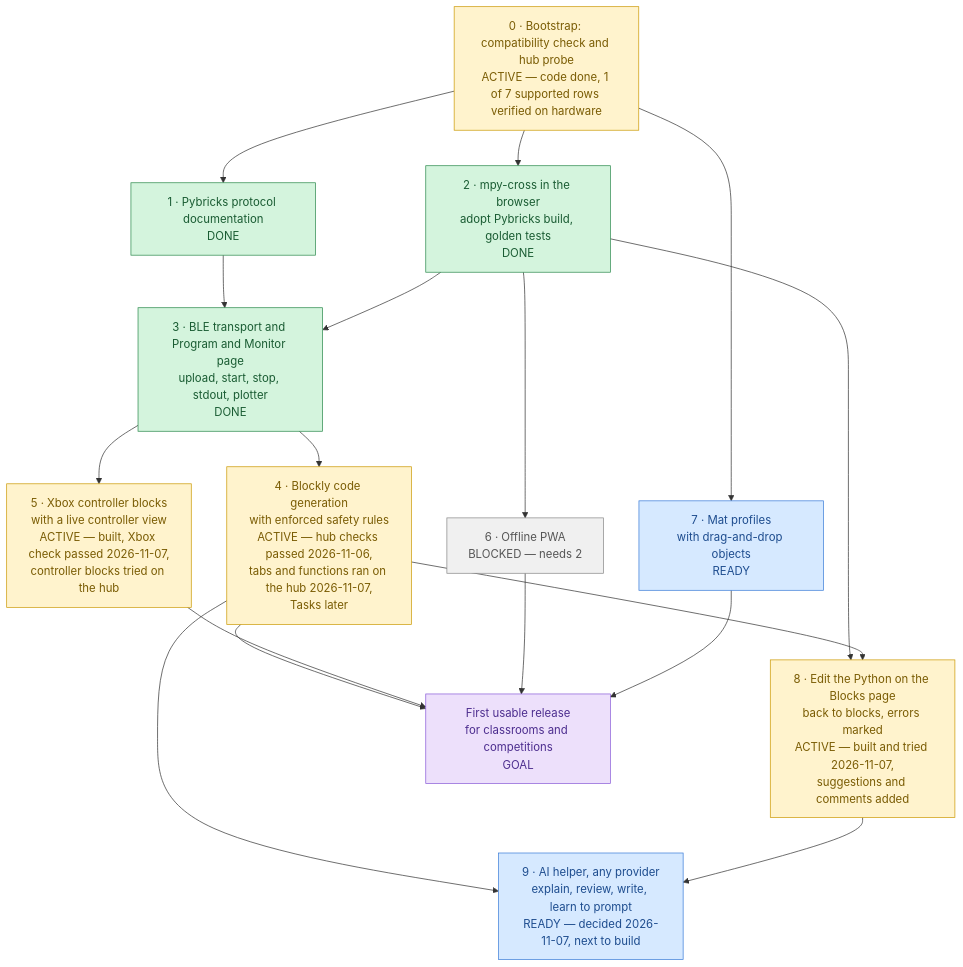
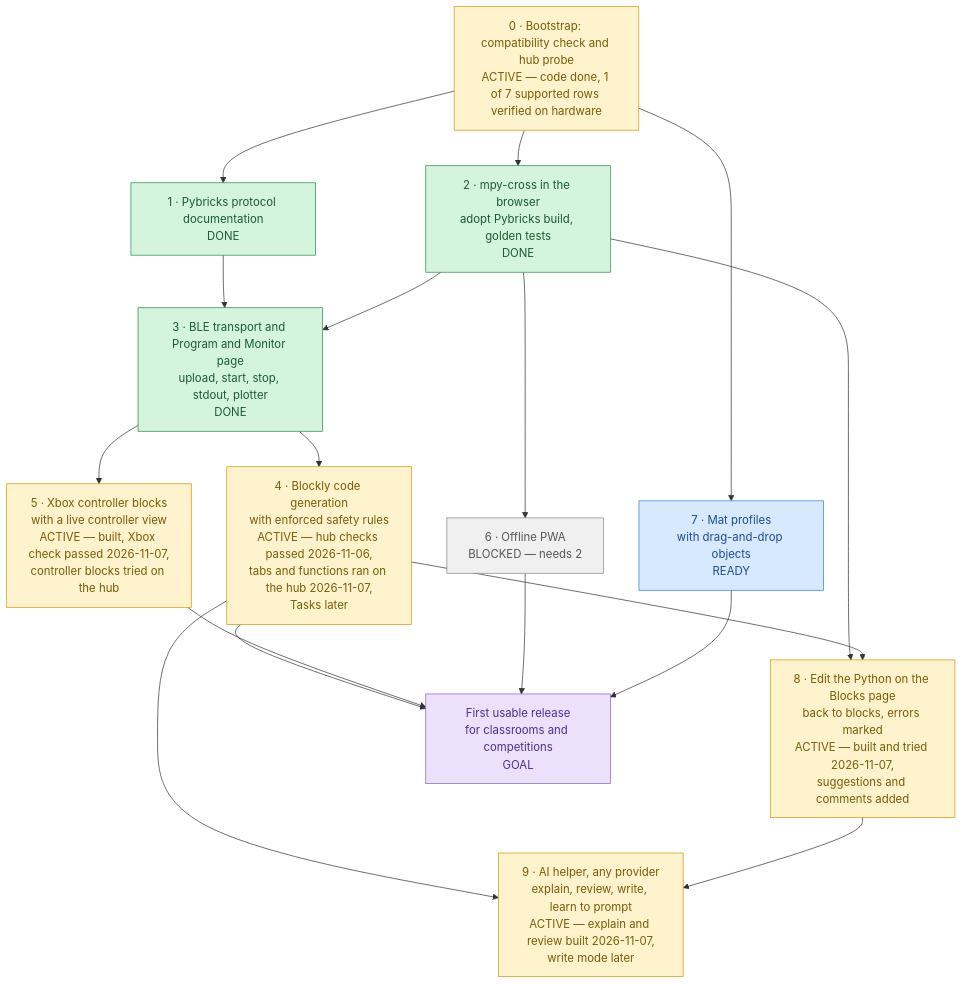
The diagram in docs/roadmap.md (lumduan/matpilot), drawn with Mermaid before and after one commit. The commit also changed other lines of this file and 33 other files, not shown here.

````diff
--- a/docs/roadmap.md
+++ b/docs/roadmap.md
@@ -10,45 +10,45 @@
 ```mermaid
 flowchart TD
     M0["0 · Bootstrap: compatibility check and hub probe<br/>ACTIVE — code done, 1 of 7 supported rows verified on hardware"]
     M1["1 · Pybricks protocol documentation<br/>DONE"]
     M2["2 · mpy-cross in the browser<br/>adopt Pybricks build, golden tests<br/>DONE"]
     M3["3 · BLE transport and Program and Monitor page<br/>upload, start, stop, stdout, plotter<br/>DONE"]
     M4["4 · Blockly code generation<br/>with enforced safety rules<br/>ACTIVE — hub checks passed 2026-11-06,<br/>tabs and functions ran on the hub 2026-11-07,<br/>Tasks later"]
     M5["5 · Xbox controller blocks<br/>with a live controller view<br/>ACTIVE — built, Xbox check passed 2026-11-07,<br/>controller blocks tried on the hub"]
     M6["6 · Offline PWA<br/>BLOCKED — needs 2"]
     M7["7 · Mat profiles<br/>with drag-and-drop objects<br/>READY"]
     M8["8 · Edit the Python on the Blocks page<br/>back to blocks, errors marked<br/>ACTIVE — built and tried 2026-11-07,<br/>suggestions and comments added"]
-    M9["9 · AI helper, any provider<br/>explain, review, write, learn to prompt<br/>READY — decided 2026-11-07, next to build"]
+    M9["9 · AI helper, any provider<br/>explain, review, write, learn to prompt<br/>ACTIVE — explain and review built 2026-11-07,<br/>write mode later"]
     GOAL["First usable release<br/>for classrooms and competitions<br/>GOAL"]
 
     M0 --> M1
     M0 --> M2
     M0 --> M7
     M1 --> M3
     M2 --> M3
     M3 --> M4
     M3 --> M5
     M2 --> M6
     M4 --> GOAL
     M5 --> GOAL
     M6 --> GOAL
     M7 --> GOAL
     M2 --> M8
     M4 --> M8
     M4 --> M9
     M8 --> M9
 
     classDef done     fill:#d4f4dd,stroke:#2d8a4e,color:#1a5c33
     classDef active   fill:#fff3cd,stroke:#cc9a06,color:#7a5c04
     classDef ready    fill:#d6e9ff,stroke:#3b7dd8,color:#1e4d8f
     classDef blocked  fill:#f0f0f0,stroke:#888,color:#555
     classDef goal     fill:#ede0fb,stroke:#8a5cd8,color:#4d2e8f
 
     class M0,M4,M5 active
     class M1,M2,M3 done
     class M7 ready
     class M6 blocked
     class GOAL goal
     class M8 active
-    class M9 ready
+    class M9 active
 ```
````
